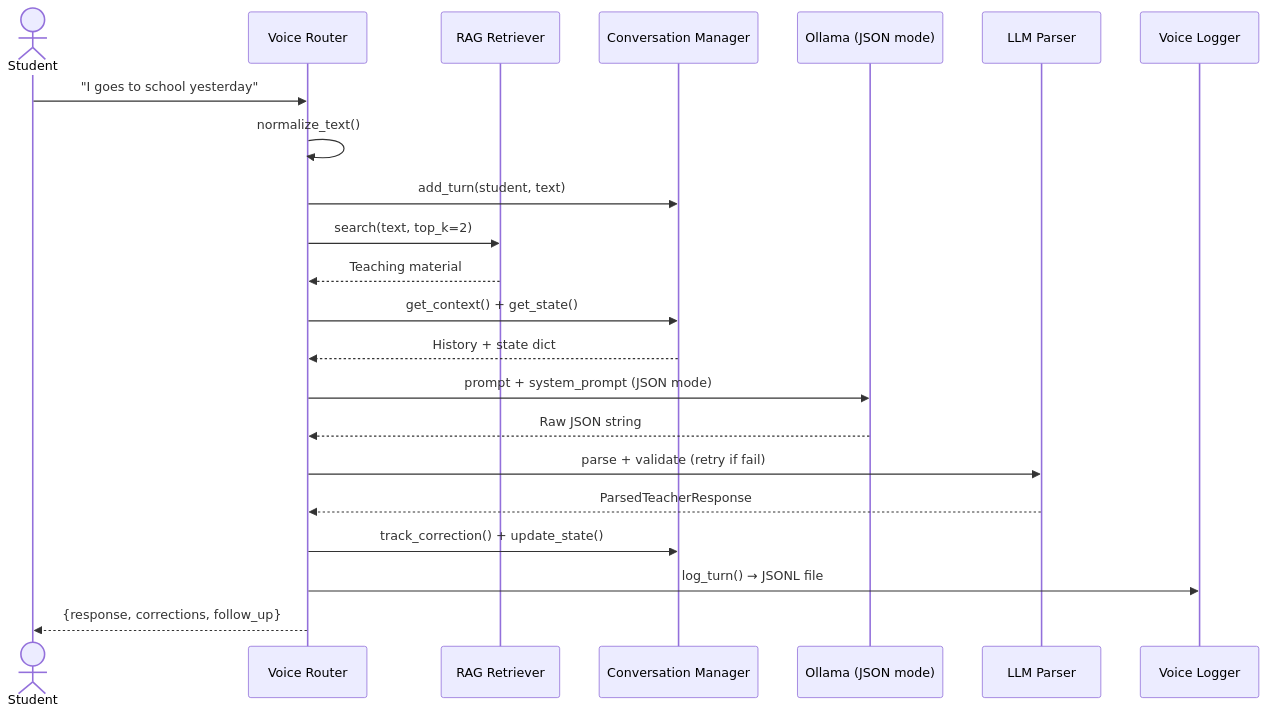
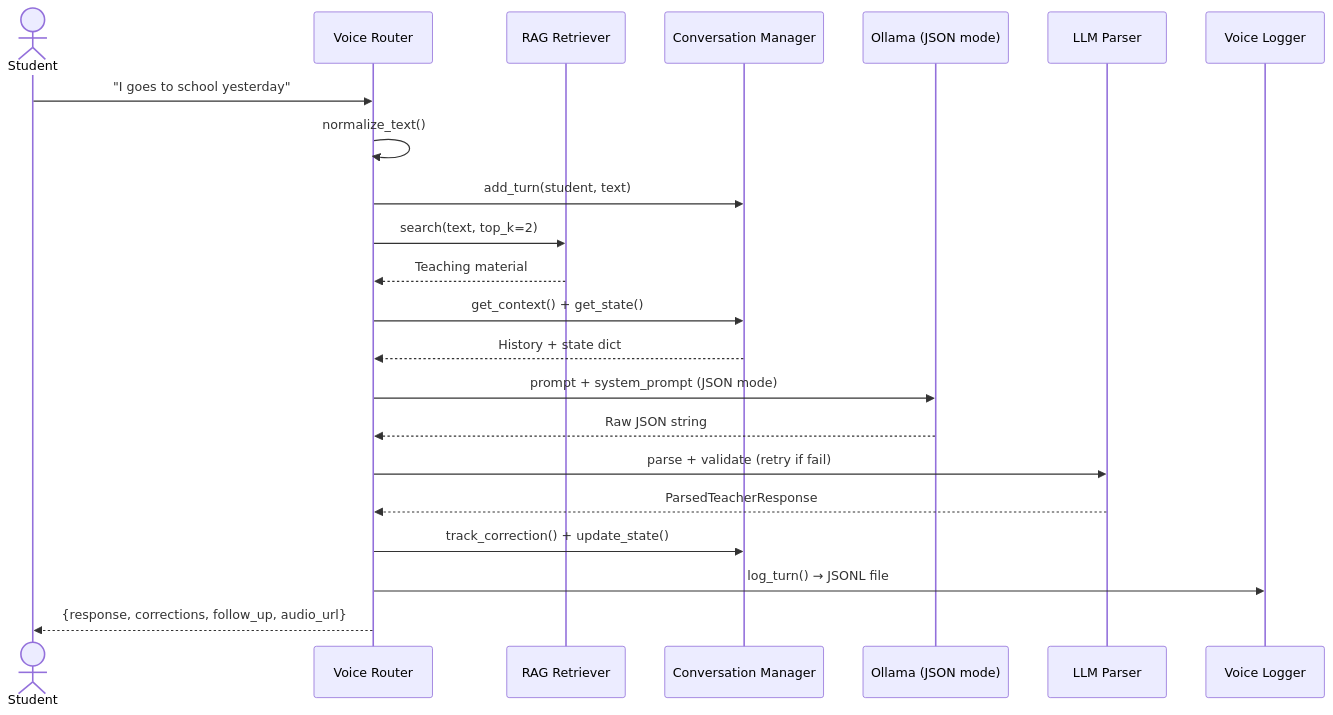
The third of 3 diagrams in docs/SYSTEM_DESIGN.md (sagar-SgrDon/ai-teacher), drawn with Mermaid before and after one commit. The commit also changed other lines of this file and 7 other files, not shown here.

````diff
--- a/docs/SYSTEM_DESIGN.md
+++ b/docs/SYSTEM_DESIGN.md
@@ -292,25 +294,25 @@
 ```mermaid
 sequenceDiagram
     actor Student
     participant VR as Voice Router
     participant RAG as RAG Retriever
     participant CM as Conversation Manager
     participant LLM as Ollama (JSON mode)
     participant LP as LLM Parser
     participant VL as Voice Logger
 
     Student->>VR: "I goes to school yesterday"
     VR->>VR: normalize_text()
     VR->>CM: add_turn(student, text)
     VR->>RAG: search(text, top_k=2)
     RAG-->>VR: Teaching material
     VR->>CM: get_context() + get_state()
     CM-->>VR: History + state dict
     VR->>LLM: prompt + system_prompt (JSON mode)
     LLM-->>VR: Raw JSON string
     VR->>LP: parse + validate (retry if fail)
     LP-->>VR: ParsedTeacherResponse
     VR->>CM: track_correction() + update_state()
     VR->>VL: log_turn() → JSONL file
-    VR-->>Student: {response, corrections, follow_up}
+    VR-->>Student: {response, corrections, follow_up, audio_url}
 ```
````
